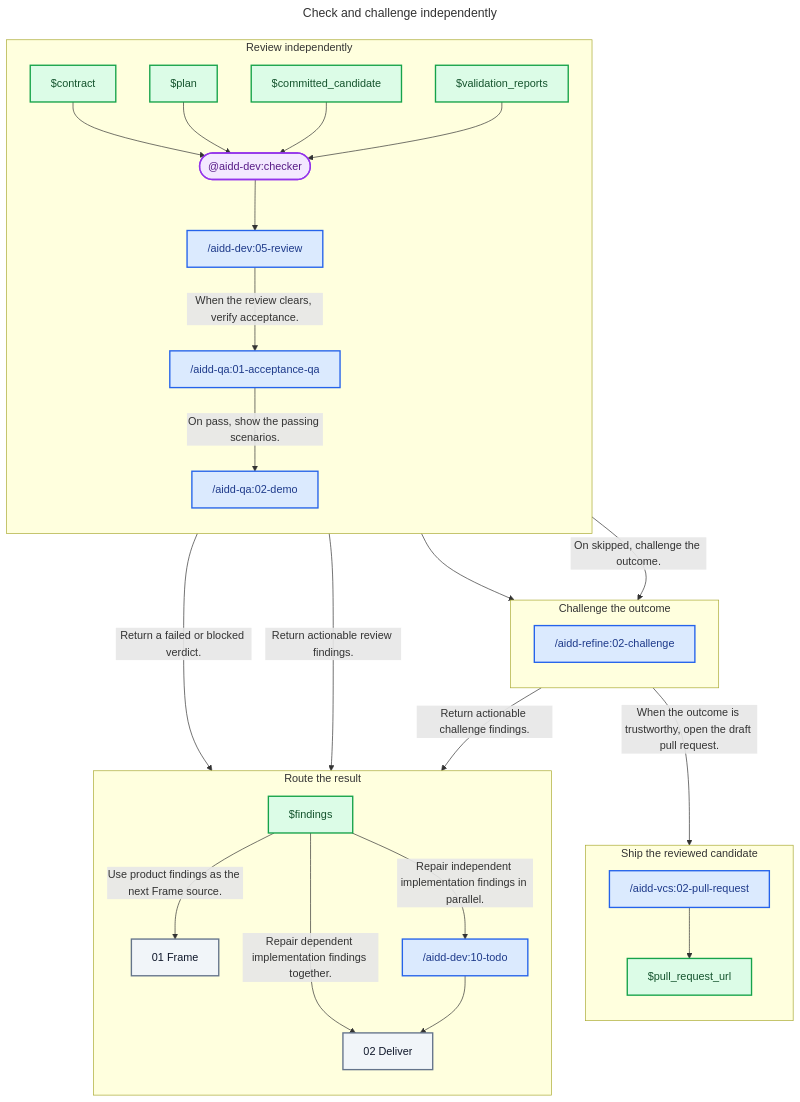
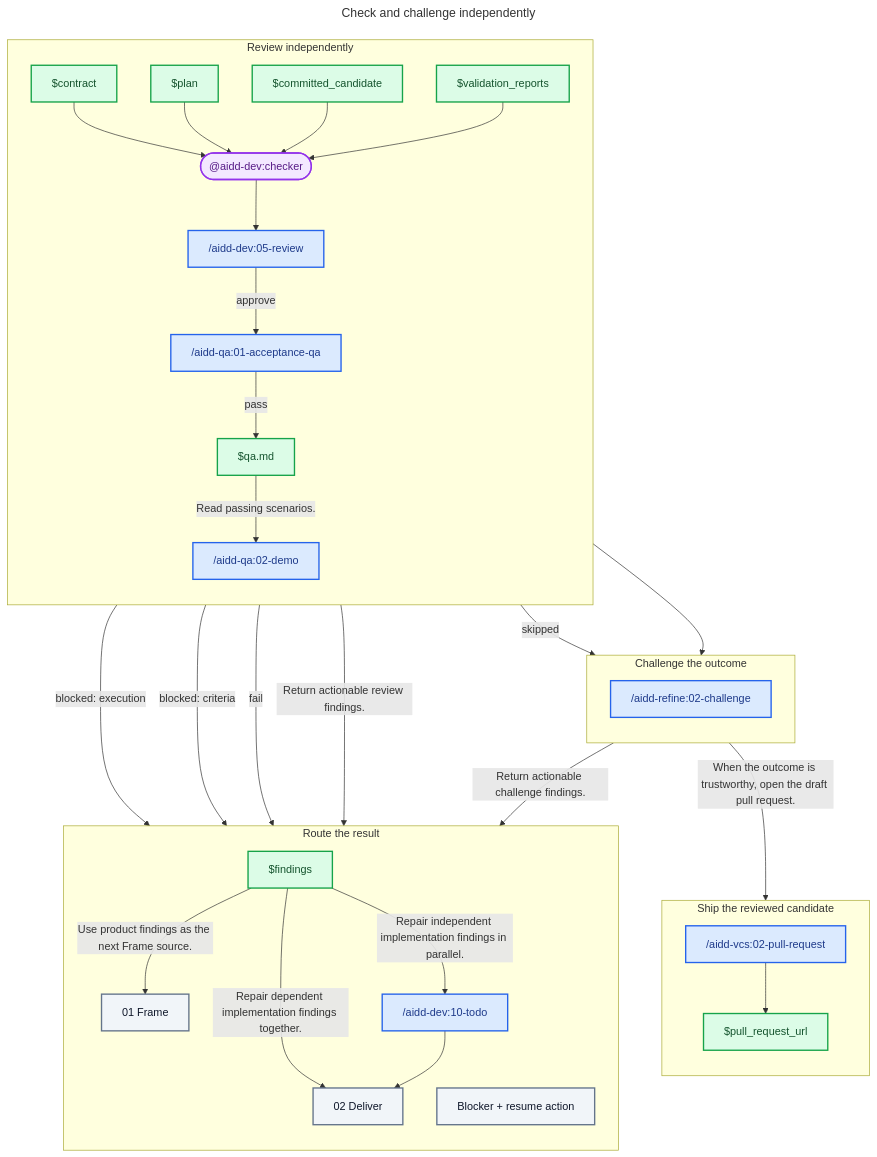
Before and after one commit to ai-driven-dev/framework: the diagram in plugins/aidd-orchestrator/skills/01-sdlc/references/03-check.md, drawn with Mermaid. The commit also changed other lines of this file and 24 other files, not shown here.

````diff
--- a/plugins/aidd-orchestrator/skills/01-sdlc/references/03-check.md
+++ b/plugins/aidd-orchestrator/skills/01-sdlc/references/03-check.md
@@ -29,65 +21,70 @@
 ```mermaid
 ---
 title: Check and challenge independently
 ---
 flowchart TD
   subgraph ReviewStage["Review independently"]
     direction TB
     Contract["$contract"]
     Plan["$plan"]
     CommittedCandidate["$committed_candidate"]
     ValidationReports["$validation_reports"]
     Checker(["@aidd-dev:checker"])
     Review["/aidd-dev:05-review"]
     QA["/aidd-qa:01-acceptance-qa"]
+    QAReport["$qa.md"]
     Demo["/aidd-qa:02-demo"]
   end
 
   subgraph ChallengeStage["Challenge the outcome"]
     direction TB
     Challenge["/aidd-refine:02-challenge"]
   end
 
   subgraph RouteStage["Route the result"]
     direction TB
     Findings["$findings"]
     Frame["01 Frame"]
     Todo["/aidd-dev:10-todo"]
     Deliver["02 Deliver"]
+    Stop["Blocker + resume action"]
   end
 
   subgraph ShipStage["Ship the reviewed candidate"]
     direction TB
     PullRequest["/aidd-vcs:02-pull-request"]
     PullRequestUrl["$pull_request_url"]
   end
 
   Contract --> Checker
   Plan --> Checker
   CommittedCandidate --> Checker
   ValidationReports --> Checker
   Checker --> Review
   Review -- "Return actionable review findings." --> Findings
-  Review -- "When the review clears, verify acceptance." --> QA
-  QA -- "Return a failed or blocked verdict." --> Findings
-  QA -- "On pass, show the passing scenarios." --> Demo
-  QA -- "On skipped, challenge the outcome." --> Challenge
+  Review -- approve --> QA
+  QA -- pass --> QAReport
+  QAReport -- "Read passing scenarios." --> Demo
   Demo --> Challenge
+  QA -- skipped --> Challenge
+  QA -- fail --> Deliver
+  QA -- "blocked: criteria" --> Frame
+  QA -- "blocked: execution" --> Stop
   Challenge -- "Return actionable challenge findings." --> Findings
   Challenge -- "When the outcome is trustworthy, open the draft pull request." --> PullRequest
   Findings -- "Use product findings as the next Frame source." --> Frame
   Findings -- "Repair independent implementation findings in parallel." --> Todo
   Findings -- "Repair dependent implementation findings together." --> Deliver
   Todo --> Deliver
   PullRequest --> PullRequestUrl
 
   classDef skill fill:#DBEAFE,stroke:#2563EB,color:#1E3A8A,stroke-width:2px
   classDef agent fill:#F3E8FF,stroke:#9333EA,color:#581C87,stroke-width:2px
   classDef artifact fill:#DCFCE7,stroke:#16A34A,color:#14532D,stroke-width:2px
   classDef zone fill:#F1F5F9,stroke:#64748B,color:#0F172A,stroke-width:2px
 
   class Review,QA,Demo,Challenge,Todo,PullRequest skill
   class Checker agent
-  class Contract,Plan,CommittedCandidate,ValidationReports,Findings,PullRequestUrl artifact
-  class Frame,Deliver zone
+  class Contract,Plan,CommittedCandidate,ValidationReports,QAReport,Findings,PullRequestUrl artifact
+  class Frame,Deliver,Stop zone
 ```
````
